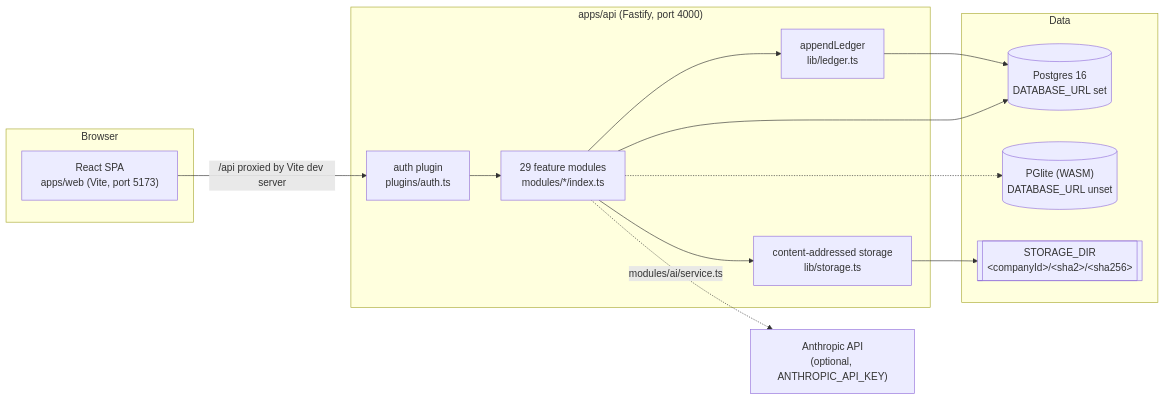
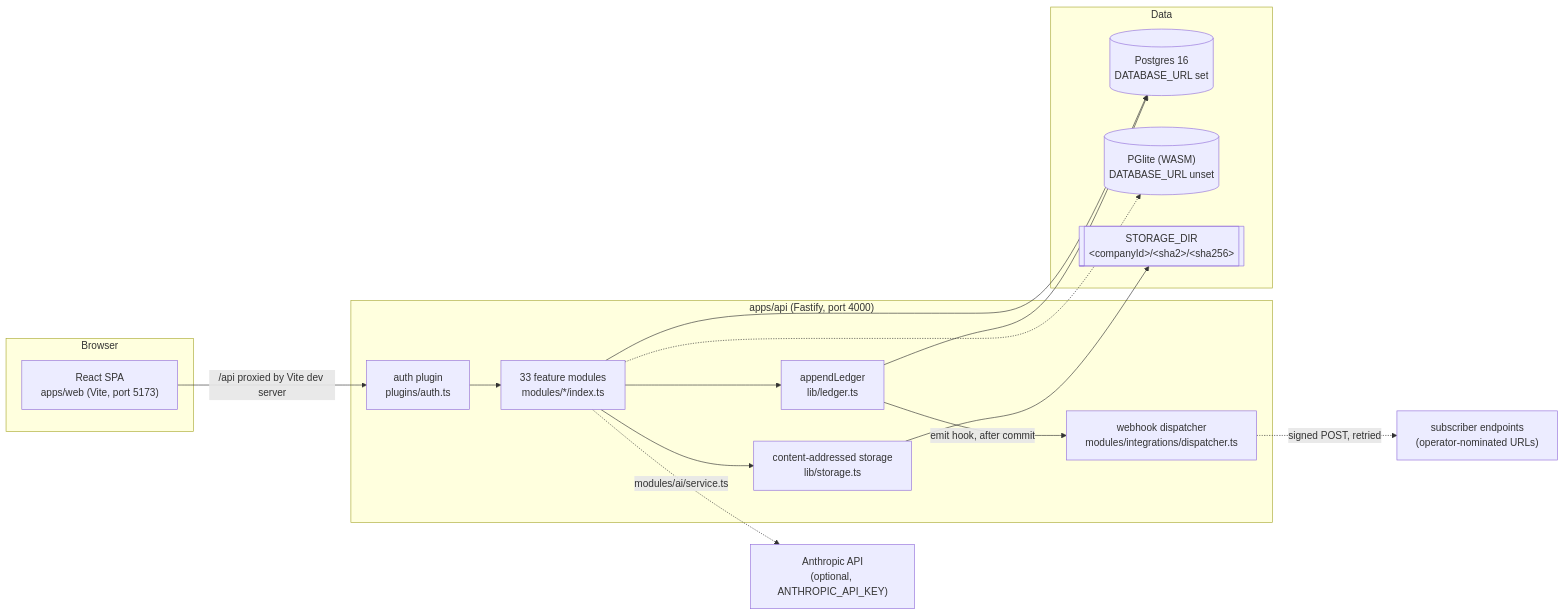
Before and after one commit to Emmanuelok/procore-ultimate: the first of 12 diagrams in docs/architecture.md, drawn with Mermaid. The commit also changed other lines of this file and 3 other files, not shown here.

````diff
--- a/docs/architecture.md
+++ b/docs/architecture.md
@@ -61,28 +61,32 @@
 ```mermaid
 flowchart LR
     subgraph Browser
         SPA["React SPA<br/>apps/web (Vite, port 5173)"]
     end
     subgraph API["apps/api (Fastify, port 4000)"]
         AUTH["auth plugin<br/>plugins/auth.ts"]
-        MODS["29 feature modules<br/>modules/*/index.ts"]
+        MODS["33 feature modules<br/>modules/*/index.ts"]
         LEDGER["appendLedger<br/>lib/ledger.ts"]
         STORE["content-addressed storage<br/>lib/storage.ts"]
+        DISP["webhook dispatcher<br/>modules/integrations/dispatcher.ts"]
     end
     subgraph Data
         PG[("Postgres 16<br/>DATABASE_URL set")]
         PGL[("PGlite (WASM)<br/>DATABASE_URL unset")]
         FS[["STORAGE_DIR<br/>&lt;companyId&gt;/&lt;sha2&gt;/&lt;sha256&gt;"]]
     end
     ANTH["Anthropic API<br/>(optional, ANTHROPIC_API_KEY)"]
+    SUBS["subscriber endpoints<br/>(operator-nominated URLs)"]
 
     SPA -- "/api proxied by Vite dev server" --> AUTH
     AUTH --> MODS
     MODS --> LEDGER
     MODS --> STORE
     LEDGER --> PG
     MODS --> PG
     MODS -.-> PGL
     STORE --> FS
     MODS -. "modules/ai/service.ts" .-> ANTH
+    LEDGER -- "emit hook, after commit" --> DISP
+    DISP -. "signed POST, retried" .-> SUBS
 ```
````
